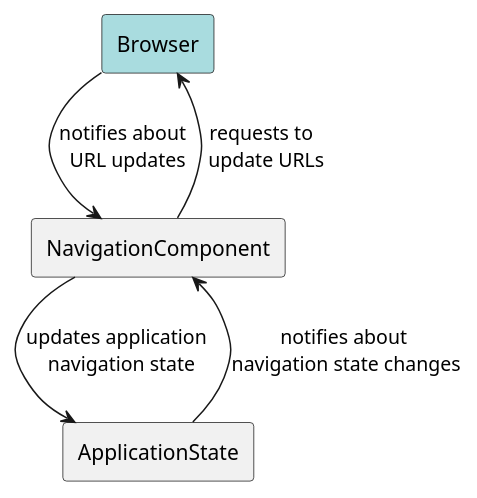
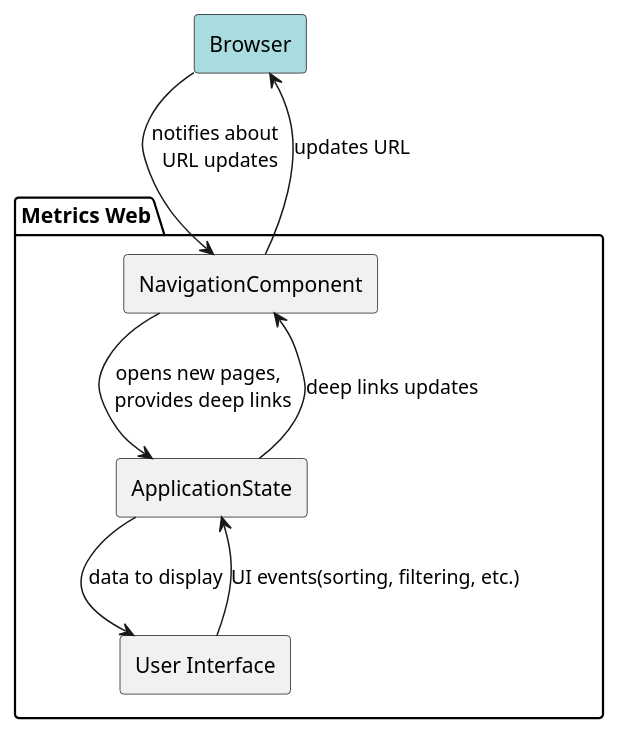
The diagram in metrics/web/docs/features/deep_links/diagrams/custom_approach_component_diagram.puml (Flank/flank-dashboard), drawn with PlantUML before and after one commit. The commit also changed 1 other file, not shown here.

Commit message:
Update diagrams

```diff
--- a/metrics/web/docs/features/deep_links/diagrams/custom_approach_component_diagram.puml
+++ b/metrics/web/docs/features/deep_links/diagrams/custom_approach_component_diagram.puml
@@ -1,13 +1,21 @@
 @startuml custom_approach_component_diagram
 
 skinparam componentStyle rectangle
 
 component Browser #A9DCDF
-component NavigationComponent
-component ApplicationState
 
-Browser --> NavigationComponent : notifies about \n URL updates
-NavigationComponent --> Browser : requests to \n update URLs
-ApplicationState --> NavigationComponent : notifies about \nnavigation state changes
-NavigationComponent --> ApplicationState : updates application \n navigation state
+package "Metrics Web" {
+    component NavigationComponent
+    component ApplicationState
+    component "User Interface" as UI
+}
+
+Browser -down-> NavigationComponent : notifies about \n URL updates
+NavigationComponent -down-> ApplicationState : opens new pages, \n provides deep links
+ApplicationState -down-> UI : data to display
+
+UI -up-> ApplicationState : UI events(sorting, filtering, etc.)
+ApplicationState -up-> NavigationComponent : deep links updates
+NavigationComponent -up-> Browser : updates URL
+
 @enduml
```
